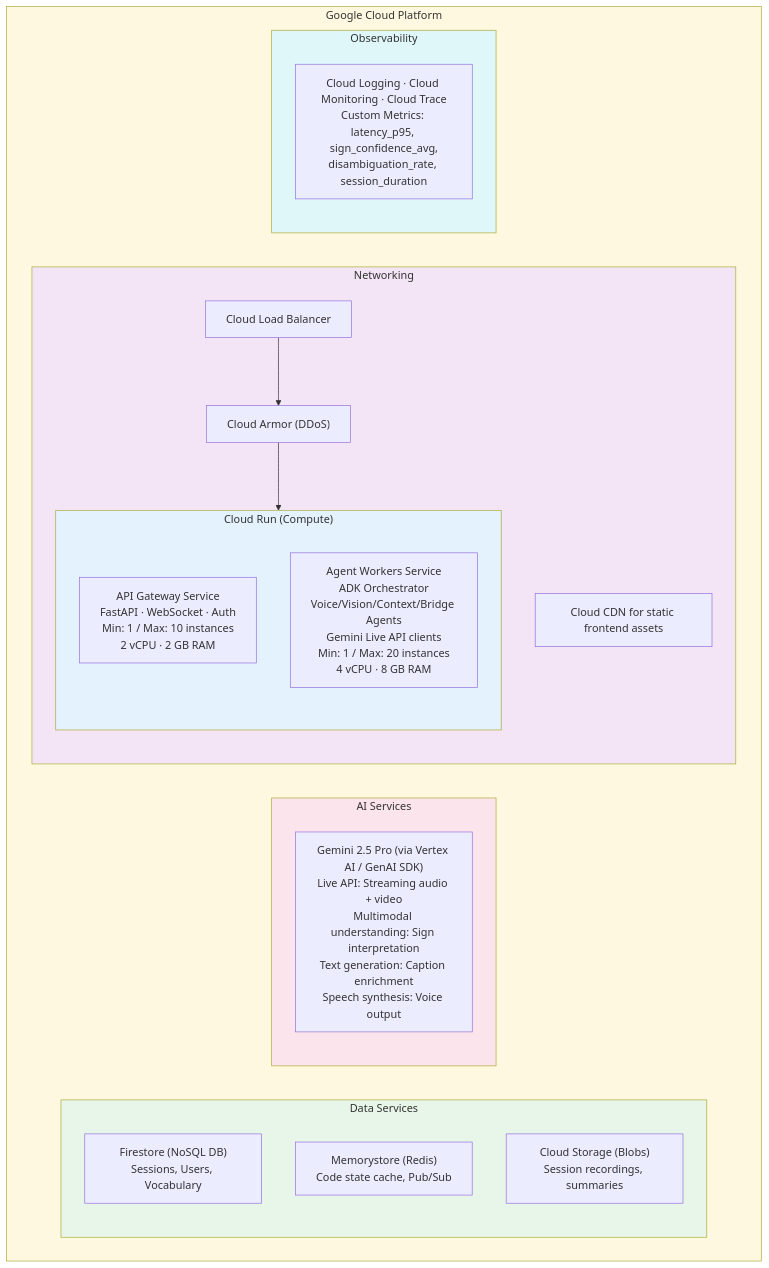
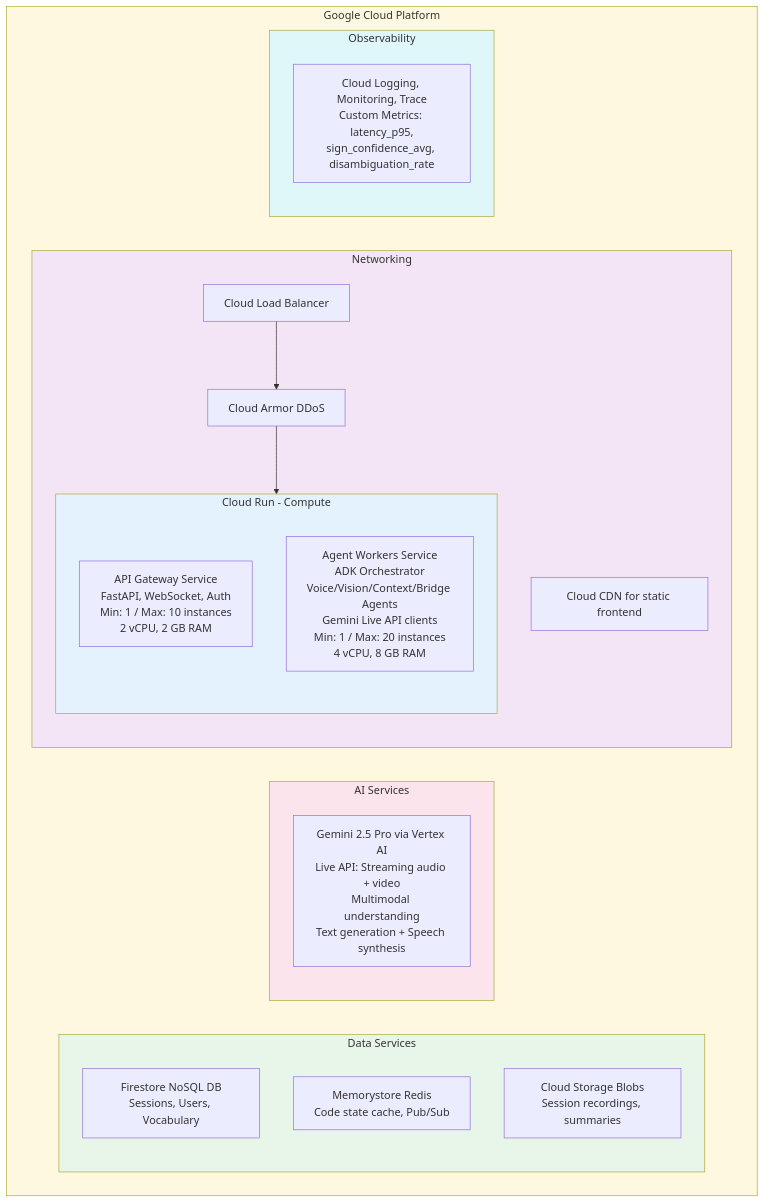
One commit to IndarKarhana/gemini-codebridge changed diagram 11 of 13 in docs/ARCHITECTURE.md. Above: the diagram before and after it, drawn with Mermaid. The commit also changed other lines of this file and 5 other files, not shown here.

First line of the commit message:
fix: repair mermaid diagrams and remove .cursor directory

````diff
--- a/docs/ARCHITECTURE.md
+++ b/docs/ARCHITECTURE.md
@@ -692,35 +692,35 @@
 ```mermaid
 flowchart TD
     subgraph GCP["Google Cloud Platform"]
-        subgraph Compute["Cloud Run (Compute)"]
-            APIGw["API Gateway Service\nFastAPI · WebSocket · Auth\nMin: 1 / Max: 10 instances\n2 vCPU · 2 GB RAM"]
-            Workers["Agent Workers Service\nADK Orchestrator\nVoice/Vision/Context/Bridge Agents\nGemini Live API clients\nMin: 1 / Max: 20 instances\n4 vCPU · 8 GB RAM"]
+        subgraph Compute["Cloud Run - Compute"]
+            APIGw["API Gateway Service<br/>FastAPI, WebSocket, Auth<br/>Min: 1 / Max: 10 instances<br/>2 vCPU, 2 GB RAM"]
+            Workers["Agent Workers Service<br/>ADK Orchestrator<br/>Voice/Vision/Context/Bridge Agents<br/>Gemini Live API clients<br/>Min: 1 / Max: 20 instances<br/>4 vCPU, 8 GB RAM"]
         end
 
         subgraph DataSvc["Data Services"]
-            FS2["Firestore (NoSQL DB)\nSessions, Users, Vocabulary"]
-            MS2["Memorystore (Redis)\nCode state cache, Pub/Sub"]
-            CS2["Cloud Storage (Blobs)\nSession recordings, summaries"]
+            FS2["Firestore NoSQL DB<br/>Sessions, Users, Vocabulary"]
+            MS2["Memorystore Redis<br/>Code state cache, Pub/Sub"]
+            CS2["Cloud Storage Blobs<br/>Session recordings, summaries"]
         end
 
         subgraph AI["AI Services"]
-            Gemini["Gemini 2.5 Pro (via Vertex AI / GenAI SDK)\nLive API: Streaming audio + video\nMultimodal understanding: Sign interpretation\nText generation: Caption enrichment\nSpeech synthesis: Voice output"]
+            Gemini["Gemini 2.5 Pro via Vertex AI<br/>Live API: Streaming audio + video<br/>Multimodal understanding<br/>Text generation + Speech synthesis"]
         end
 
         subgraph Net["Networking"]
-            LB["Cloud Load Balancer"] --> Armor["Cloud Armor (DDoS)"] --> Compute
-            CDN["Cloud CDN for static frontend assets"]
+            LB["Cloud Load Balancer"] --> Armor["Cloud Armor DDoS"] --> Compute
+            CDN["Cloud CDN for static frontend"]
         end
 
         subgraph Obs["Observability"]
-            Logging["Cloud Logging · Cloud Monitoring · Cloud Trace\nCustom Metrics: latency_p95, sign_confidence_avg,\ndisambiguation_rate, session_duration"]
+            Logging["Cloud Logging, Monitoring, Trace<br/>Custom Metrics: latency_p95,<br/>sign_confidence_avg, disambiguation_rate"]
         end
     end
 
     style GCP fill:#fff8e1
     style Compute fill:#e3f2fd
     style DataSvc fill:#e8f5e9
     style AI fill:#fce4ec
     style Net fill:#f3e5f5
     style Obs fill:#e0f7fa
 ```
````
